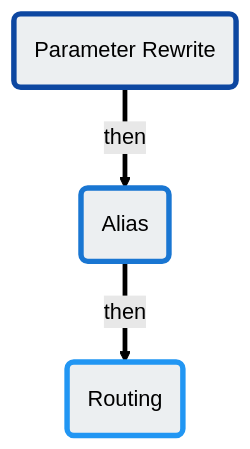
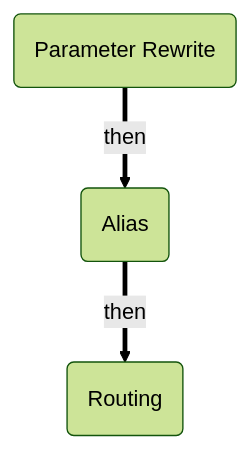
One commit to connexcs/docs changed the diagram in docs/number-manipulation.md. Above: the diagram before and after it, drawn with Mermaid (forest theme).

````diff
--- a/docs/number-manipulation.md
+++ b/docs/number-manipulation.md
@@ -13,7 +13,4 @@
 ```mermaid
 graph TD
 A(Parameter Rewrite) ==then==> B(Alias) ==then==> C(Routing)
-style A fill:#ECEFF1,stroke:#0D47A1,stroke-width:4px
-style B fill:#ECEFF1,stroke:#1976D2,stroke-width:4px
-style C fill:#ECEFF1,stroke:#2196F3,stroke-width:4px
 ```
````
